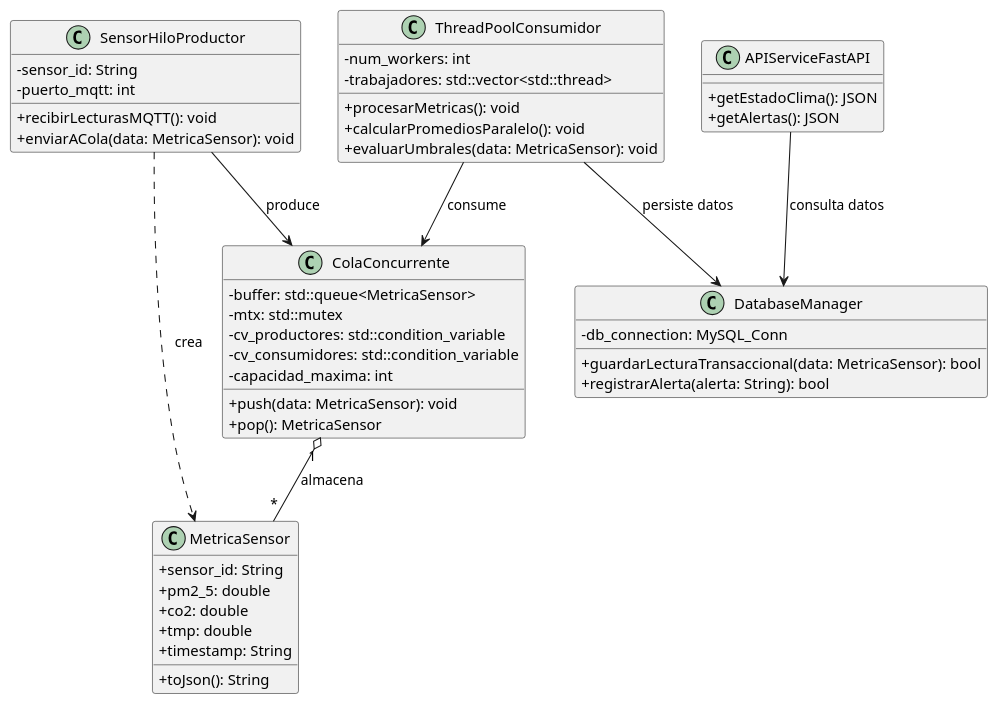
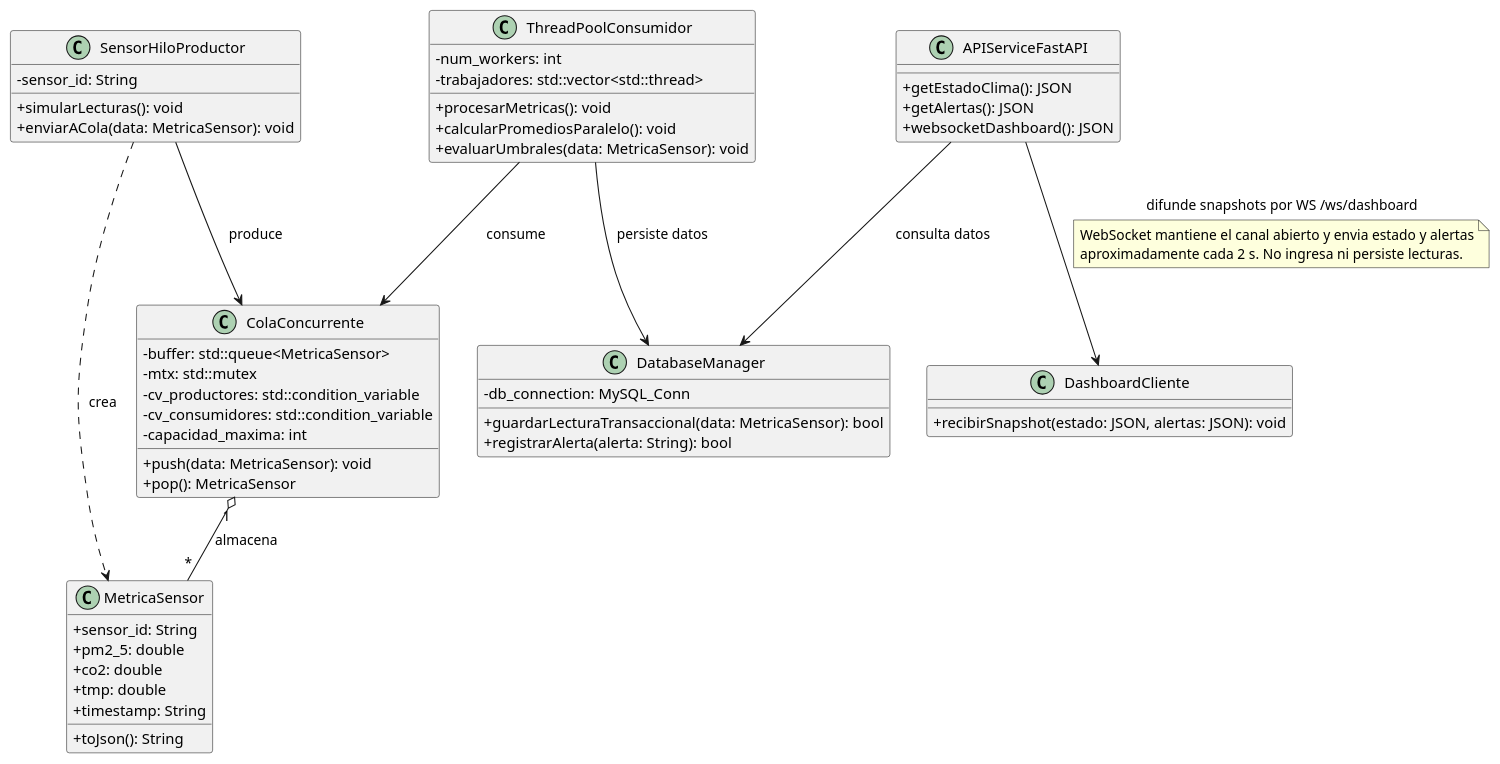
The diagram in docs/uml/diagrama_clases.puml (LizbethCarmona/Monitoreo-Ambiental), drawn with PlantUML before and after one commit. The commit also changed 40 other files, not shown here.

```diff
--- a/docs/uml/diagrama_clases.puml
+++ b/docs/uml/diagrama_clases.puml
@@ -1,56 +1,66 @@
 @startuml
 skinparam classAttributeIconSize 0
 
 class MetricaSensor {
     + sensor_id: String
     + pm2_5: double
     + co2: double
     + tmp: double
     + timestamp: String
     + toJson(): String
 }
 
 class ColaConcurrente {
     - buffer: std::queue<MetricaSensor>
     - mtx: std::mutex
     - cv_productores: std::condition_variable
     - cv_consumidores: std::condition_variable
     - capacidad_maxima: int
     + push(data: MetricaSensor): void
     + pop(): MetricaSensor
 }
 
 class SensorHiloProductor {
     - sensor_id: String
-    - puerto_mqtt: int
-    + recibirLecturasMQTT(): void
+    + simularLecturas(): void
     + enviarACola(data: MetricaSensor): void
 }
 
 class ThreadPoolConsumidor {
     - num_workers: int
     - trabajadores: std::vector<std::thread>
     + procesarMetricas(): void
     + calcularPromediosParalelo(): void
     + evaluarUmbrales(data: MetricaSensor): void
 }
 
 class DatabaseManager {
     - db_connection: MySQL_Conn
     + guardarLecturaTransaccional(data: MetricaSensor): bool
     + registrarAlerta(alerta: String): bool
 }
 
 class APIServiceFastAPI {
     + getEstadoClima(): JSON
     + getAlertas(): JSON
+    + websocketDashboard(): JSON
+}
+
+class DashboardCliente {
+    + recibirSnapshot(estado: JSON, alertas: JSON): void
 }
 
 SensorHiloProductor ..> MetricaSensor : crea
 ColaConcurrente "1" o-- "*" MetricaSensor : almacena
 SensorHiloProductor --> ColaConcurrente : produce
 ThreadPoolConsumidor --> ColaConcurrente : consume
 ThreadPoolConsumidor --> DatabaseManager : persiste datos
 APIServiceFastAPI --> DatabaseManager : consulta datos
+APIServiceFastAPI --> DashboardCliente : difunde snapshots por WS /ws/dashboard
+
+note on link
+  WebSocket mantiene el canal abierto y envia estado y alertas
+  aproximadamente cada 2 s. No ingresa ni persiste lecturas.
+end note
 
 @enduml
```
